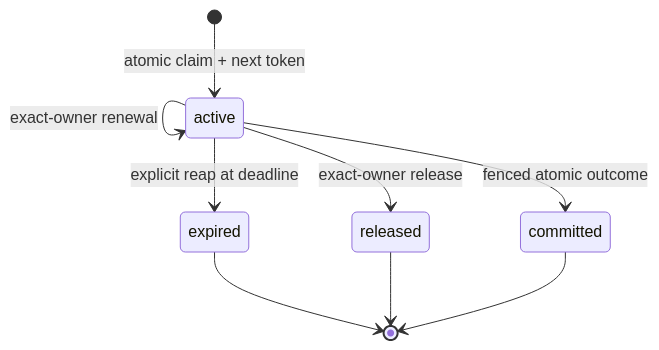
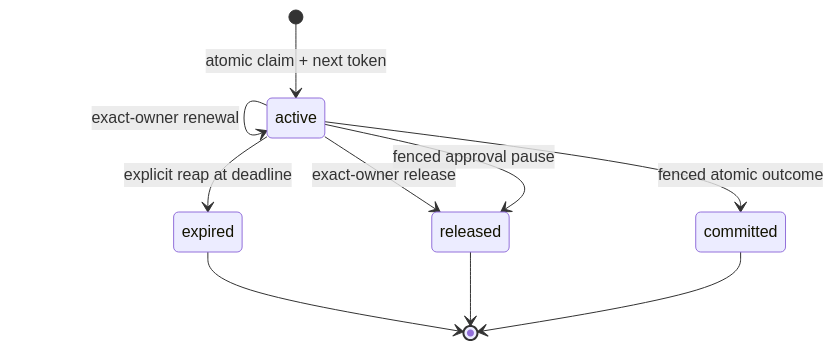
The second of 2 diagrams in docs/architecture.md (woshishadowhunter/agent-society-loop), drawn with Mermaid before and after one commit. The commit also changed other lines of this file and 8 other files, not shown here.

````diff
--- a/docs/architecture.md
+++ b/docs/architecture.md
@@ -144,11 +151,12 @@
 ```mermaid
 stateDiagram-v2
     [*] --> active: atomic claim + next token
     active --> active: exact-owner renewal
     active --> committed: fenced atomic outcome
     active --> released: exact-owner release
+    active --> released: fenced approval pause
     active --> expired: explicit reap at deadline
     expired --> [*]
     released --> [*]
     committed --> [*]
 ```
````
